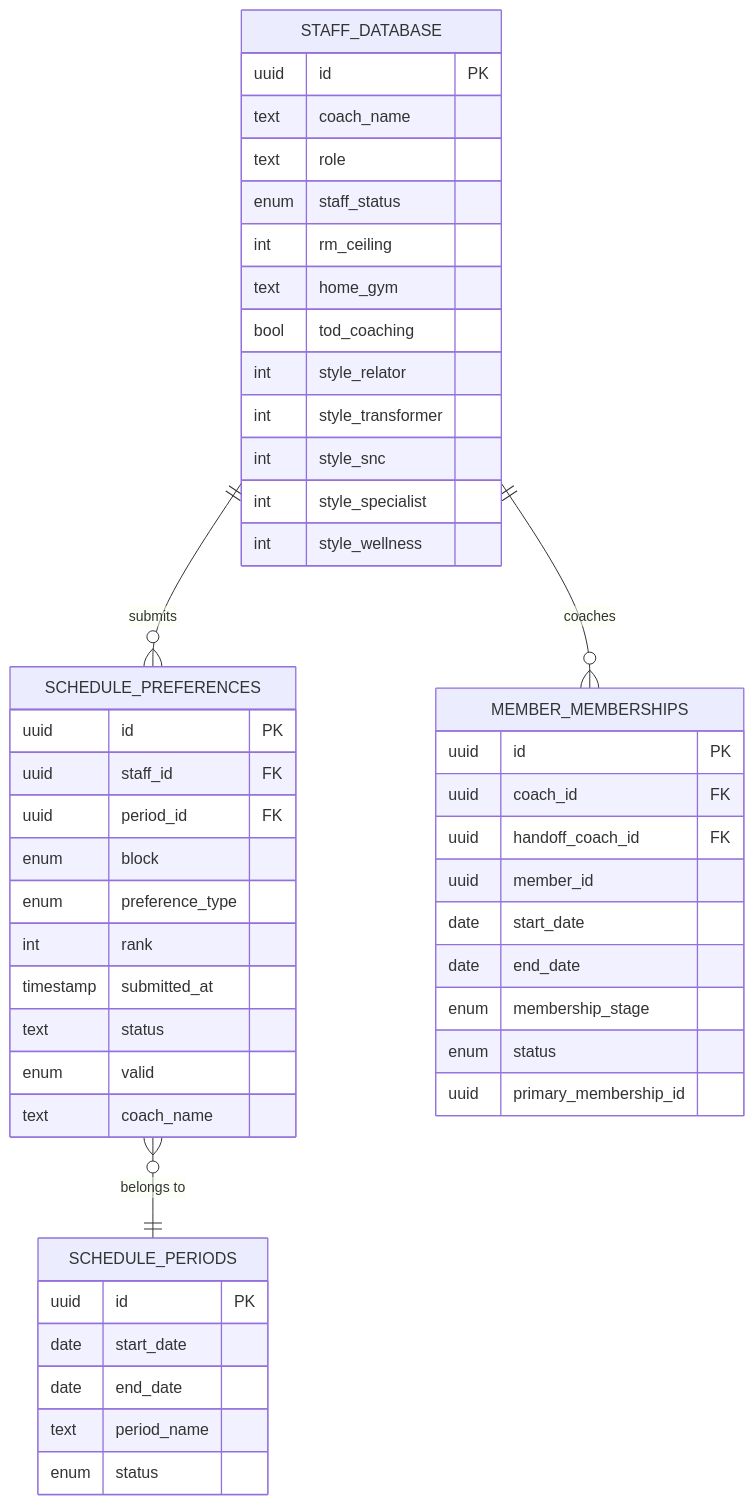
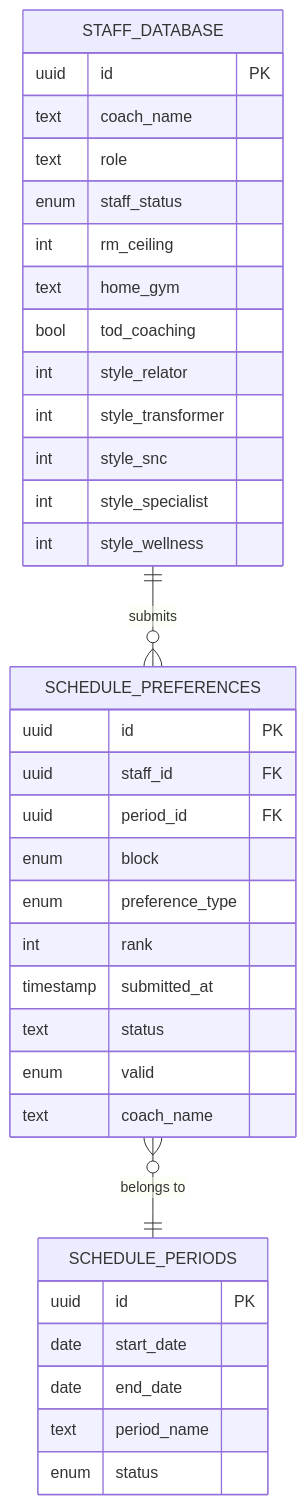
One commit to towshau/schedule_prediction_supply changed the second of 8 diagrams in README.md. Above: the diagram before and after it, drawn with Mermaid. The commit also changed other lines of this file, not shown here.

First line of the commit message:
refactor: Remove member/capacity management sections

````diff
--- a/README.md
+++ b/README.md
@@ -48,54 +45,41 @@
 ```mermaid
 erDiagram
     STAFF_DATABASE ||--o{ SCHEDULE_PREFERENCES : submits
     SCHEDULE_PREFERENCES }o--|| SCHEDULE_PERIODS : "belongs to"
-    STAFF_DATABASE ||--o{ MEMBER_MEMBERSHIPS : coaches
     
     STAFF_DATABASE {
         uuid id PK
         text coach_name
         text role
         enum staff_status
         int rm_ceiling
         text home_gym
         bool tod_coaching
         int style_relator
         int style_transformer
         int style_snc
         int style_specialist
         int style_wellness
     }
     
     SCHEDULE_PREFERENCES {
         uuid id PK
         uuid staff_id FK
         uuid period_id FK
         enum block
         enum preference_type
         int rank
         timestamp submitted_at
         text status
         enum valid
         text coach_name
     }
     
     SCHEDULE_PERIODS {
         uuid id PK
         date start_date
         date end_date
         text period_name
         enum status
     }
-    
-    MEMBER_MEMBERSHIPS {
-        uuid id PK
-        uuid coach_id FK
-        uuid handoff_coach_id FK
-        uuid member_id
-        date start_date
-        date end_date
-        enum membership_stage
-        enum status
-        uuid primary_membership_id
-    }
 ```
````
